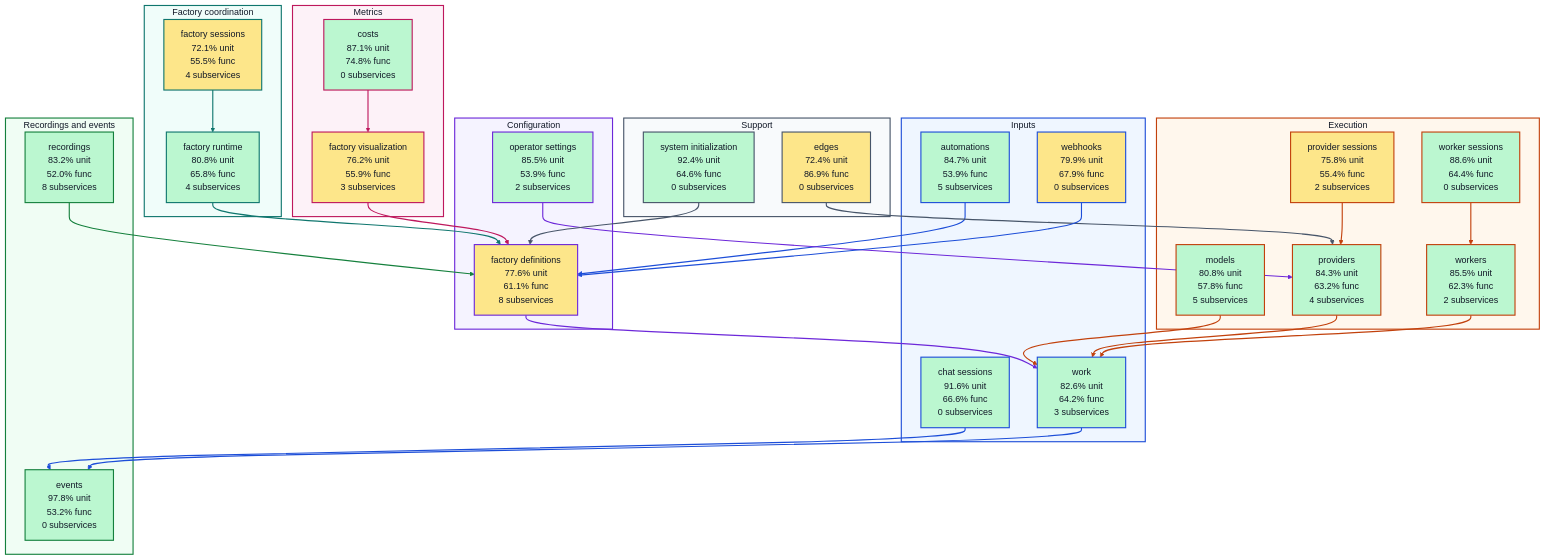
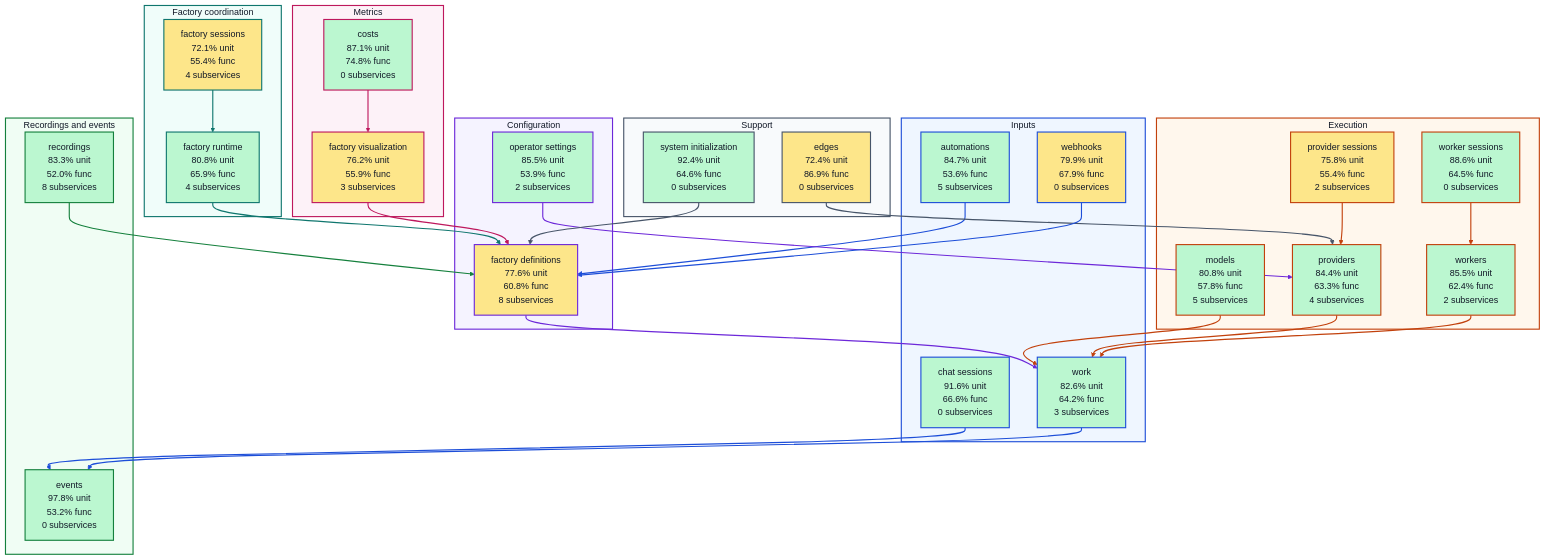
One commit to portpowered/you-agent-factory changed the diagram in docs/architecture/visualizations/high-level-test-coverage.md. Above: the diagram before and after it, drawn with Mermaid. The commit also changed other lines of this file and 20 other files, not shown here.

Commit message:
docs: refresh backend architecture visualizations

````diff
--- a/docs/architecture/visualizations/high-level-test-coverage.md
+++ b/docs/architecture/visualizations/high-level-test-coverage.md
@@ -11,29 +11,29 @@
 ```mermaid
 flowchart TB
   subgraph input["Inputs"]
-    s_services_automations["automations<br/>84.7% unit<br/>53.9% func<br/>5 subservices"]
+    s_services_automations["automations<br/>84.7% unit<br/>53.6% func<br/>5 subservices"]
     s_services_chat_sessions["chat sessions<br/>91.6% unit<br/>66.6% func<br/>0 subservices"]
     s_services_webhooks["webhooks<br/>79.9% unit<br/>67.9% func<br/>0 subservices"]
     s_services_work["work<br/>82.6% unit<br/>64.2% func<br/>3 subservices"]
   end
   subgraph configuration["Configuration"]
-    s_services_factory_definitions["factory definitions<br/>77.6% unit<br/>61.1% func<br/>8 subservices"]
+    s_services_factory_definitions["factory definitions<br/>77.6% unit<br/>60.8% func<br/>8 subservices"]
     s_services_operator_settings["operator settings<br/>85.5% unit<br/>53.9% func<br/>2 subservices"]
   end
   subgraph coordination["Factory coordination"]
-    s_services_factory_runtime["factory runtime<br/>80.8% unit<br/>65.8% func<br/>4 subservices"]
-    s_services_factory_sessions["factory sessions<br/>72.1% unit<br/>55.5% func<br/>4 subservices"]
+    s_services_factory_runtime["factory runtime<br/>80.8% unit<br/>65.9% func<br/>4 subservices"]
+    s_services_factory_sessions["factory sessions<br/>72.1% unit<br/>55.4% func<br/>4 subservices"]
   end
   subgraph execution["Execution"]
     s_services_models["models<br/>80.8% unit<br/>57.8% func<br/>5 subservices"]
     s_services_provider_sessions["provider sessions<br/>75.8% unit<br/>55.4% func<br/>2 subservices"]
-    s_services_providers["providers<br/>84.3% unit<br/>63.2% func<br/>4 subservices"]
-    s_services_worker_sessions["worker sessions<br/>88.6% unit<br/>64.4% func<br/>0 subservices"]
-    s_services_workers["workers<br/>85.5% unit<br/>62.3% func<br/>2 subservices"]
+    s_services_providers["providers<br/>84.4% unit<br/>63.3% func<br/>4 subservices"]
+    s_services_worker_sessions["worker sessions<br/>88.6% unit<br/>64.5% func<br/>0 subservices"]
+    s_services_workers["workers<br/>85.5% unit<br/>62.4% func<br/>2 subservices"]
   end
   subgraph recordings["Recordings and events"]
     s_services_events["events<br/>97.8% unit<br/>53.2% func<br/>0 subservices"]
-    s_services_recordings["recordings<br/>83.2% unit<br/>52.0% func<br/>8 subservices"]
+    s_services_recordings["recordings<br/>83.3% unit<br/>52.0% func<br/>8 subservices"]
   end
   subgraph metrics["Metrics"]
     s_services_costs["costs<br/>87.1% unit<br/>74.8% func<br/>0 subservices"]
````
